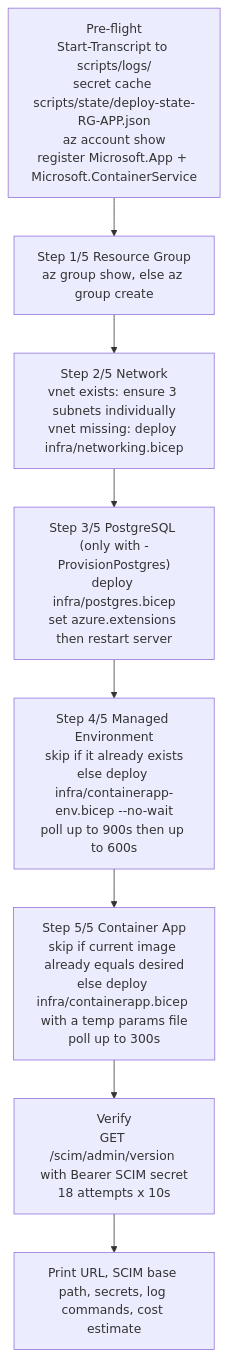
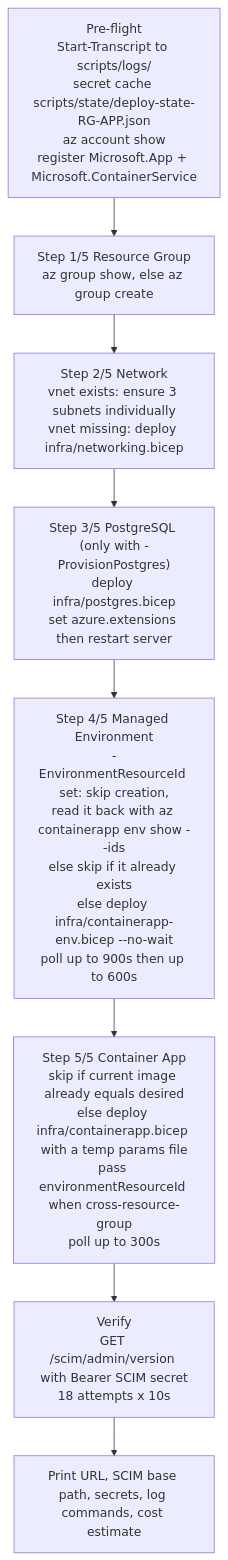
One commit to pranems/SCIMServer changed the ninth of 11 diagrams in docs/DEPLOYMENT_INFRASTRUCTURE_AND_FORM_FACTORS.md. Above: the diagram before and after it, drawn with Mermaid. The commit also changed other lines of this file, not shown here.

First paragraph of the commit message:
docs(infra): cross-resource-group managed environments (C1 gate demand)
The push of feat/tenant-migration-09 was blocked by the Stage 1.11 gate:

````diff
--- a/docs/DEPLOYMENT_INFRASTRUCTURE_AND_FORM_FACTORS.md
+++ b/docs/DEPLOYMENT_INFRASTRUCTURE_AND_FORM_FACTORS.md
@@ -544,13 +546,13 @@
 ```mermaid
 flowchart TB
     P0["Pre-flight<br/>Start-Transcript to scripts/logs/<br/>secret cache scripts/state/deploy-state-RG-APP.json<br/>az account show<br/>register Microsoft.App + Microsoft.ContainerService"]
     P1["Step 1/5 Resource Group<br/>az group show, else az group create"]
     P2["Step 2/5 Network<br/>vnet exists: ensure 3 subnets individually<br/>vnet missing: deploy infra/networking.bicep"]
     P3["Step 3/5 PostgreSQL (only with -ProvisionPostgres)<br/>deploy infra/postgres.bicep<br/>set azure.extensions then restart server"]
-    P4["Step 4/5 Managed Environment<br/>skip if it already exists<br/>else deploy infra/containerapp-env.bicep --no-wait<br/>poll up to 900s then up to 600s"]
-    P5["Step 5/5 Container App<br/>skip if current image already equals desired<br/>else deploy infra/containerapp.bicep with a temp params file<br/>poll up to 300s"]
+    P4["Step 4/5 Managed Environment<br/>-EnvironmentResourceId set: skip creation,<br/>read it back with az containerapp env show --ids<br/>else skip if it already exists<br/>else deploy infra/containerapp-env.bicep --no-wait<br/>poll up to 900s then up to 600s"]
+    P5["Step 5/5 Container App<br/>skip if current image already equals desired<br/>else deploy infra/containerapp.bicep with a temp params file<br/>pass environmentResourceId when cross-resource-group<br/>poll up to 300s"]
     P6["Verify<br/>GET /scim/admin/version with Bearer SCIM secret<br/>18 attempts x 10s"]
     P7["Print URL, SCIM base path, secrets, log commands, cost estimate"]
 
     P0 --> P1 --> P2 --> P3 --> P4 --> P5 --> P6 --> P7
 ```
````
